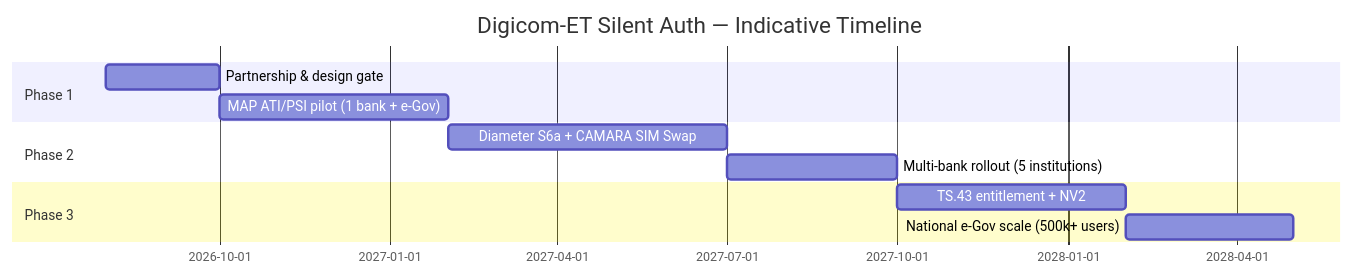
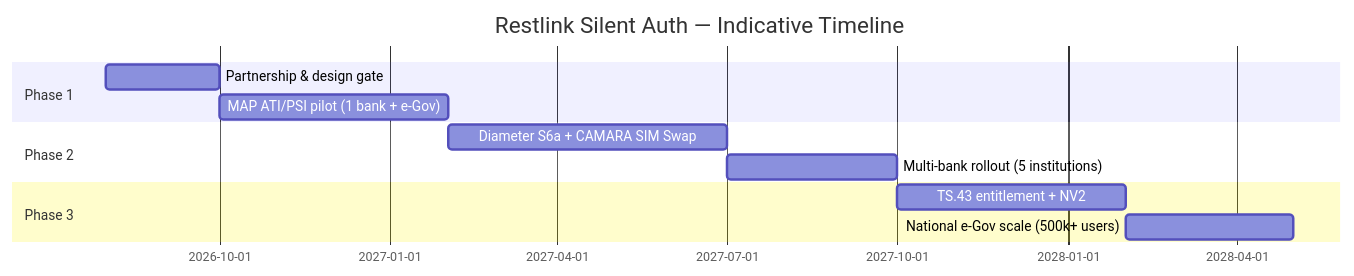
The diagram in proposal/chapters/11_implementation_roadmap.md (nhanth87/silent-authentication), drawn with Mermaid before and after one commit. The commit also changed other lines of this file and 27 other files, not shown here.

````diff
--- a/proposal/chapters/11_implementation_roadmap.md
+++ b/proposal/chapters/11_implementation_roadmap.md
@@ -17,14 +17,14 @@
 ```mermaid
 gantt
-    title Digicom-ET Silent Auth — Indicative Timeline
+    title Restlink Silent Auth — Indicative Timeline
     dateFormat  YYYY-MM
     section Phase 1
     Partnership & design gate           :p1a, 2026-08, 2M
     MAP ATI/PSI pilot (1 bank + e-Gov)  :p1b, after p1a, 4M
     section Phase 2
     Diameter S6a + CAMARA SIM Swap      :p2a, after p1b, 5M
     Multi-bank rollout (5 institutions) :p2b, after p2a, 3M
     section Phase 3
     TS.43 entitlement + NV2             :p3a, after p2b, 4M
     National e-Gov scale (500k+ users)  :p3b, after p3a, 3M
 ```
````
